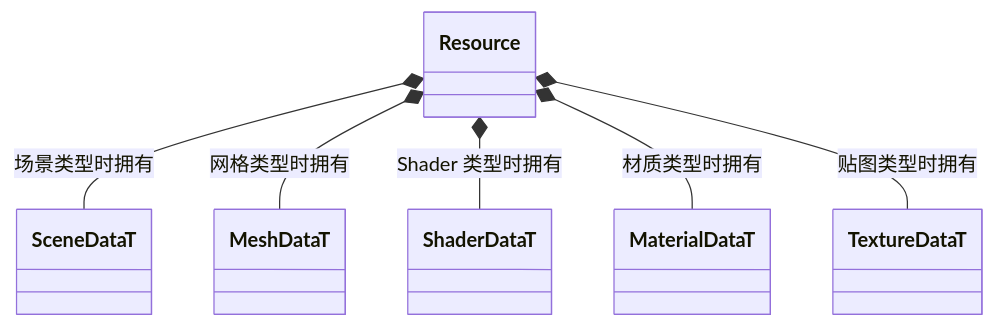
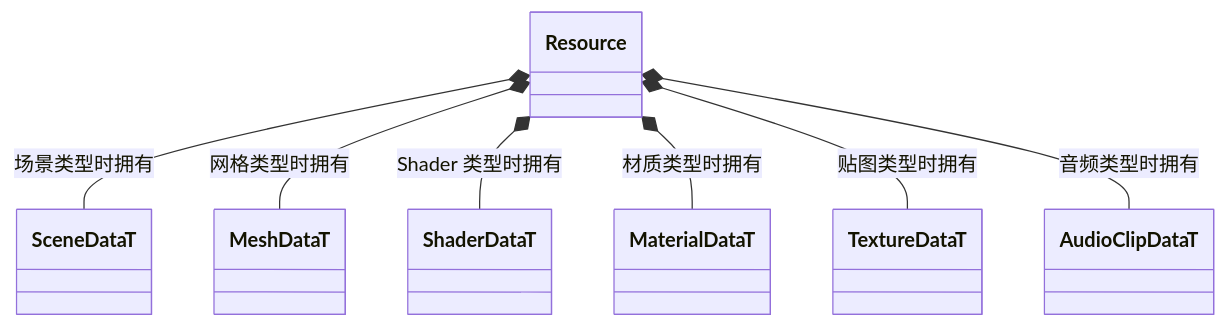
Before and after one commit to lcals/Engine: the second of 2 diagrams in docs/runtime/class-diagrams/resource.md, drawn with Mermaid. The commit also changed other lines of this file and 114 other files, not shown here.

````diff
--- a/docs/runtime/class-diagrams/resource.md
+++ b/docs/runtime/class-diagrams/resource.md
@@ -26,15 +27,17 @@
 ```mermaid
 classDiagram
     direction TB
     class Resource
     class SceneDataT
     class MeshDataT
     class ShaderDataT
     class MaterialDataT
     class TextureDataT
+    class AudioClipDataT
     Resource *-- SceneDataT : 场景类型时拥有
     Resource *-- MeshDataT : 网格类型时拥有
     Resource *-- ShaderDataT : Shader 类型时拥有
     Resource *-- MaterialDataT : 材质类型时拥有
     Resource *-- TextureDataT : 贴图类型时拥有
+    Resource *-- AudioClipDataT : 音频类型时拥有
 ```
````
